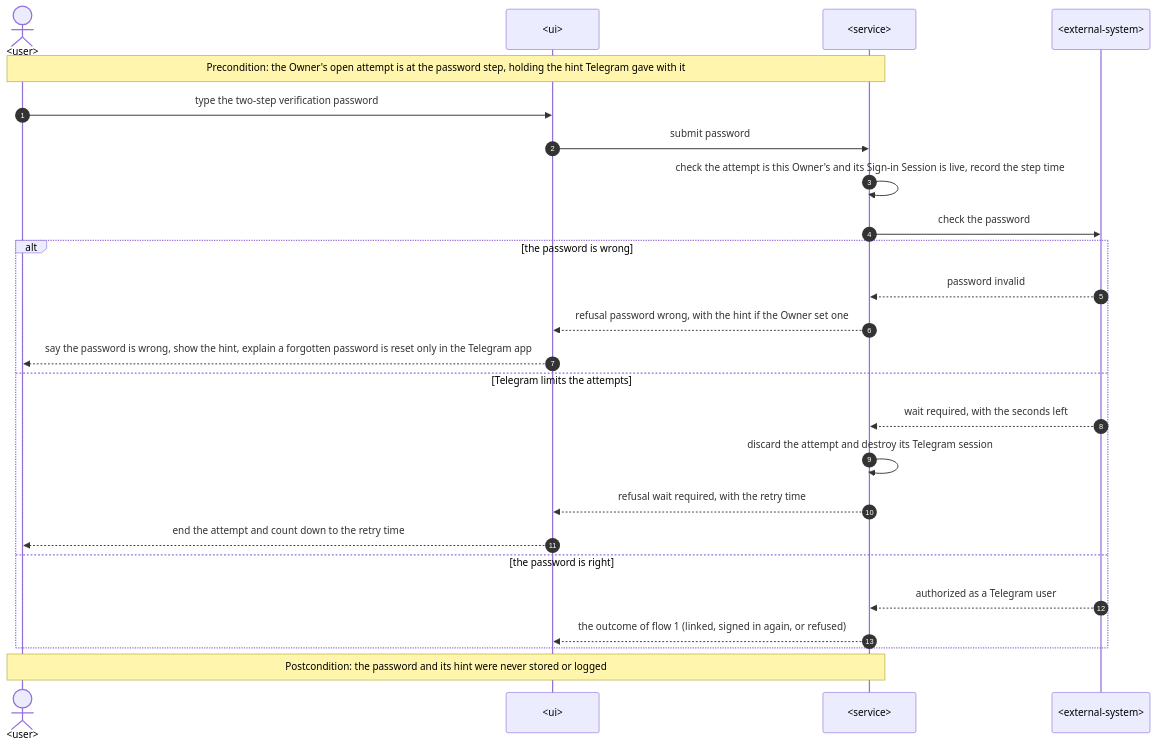
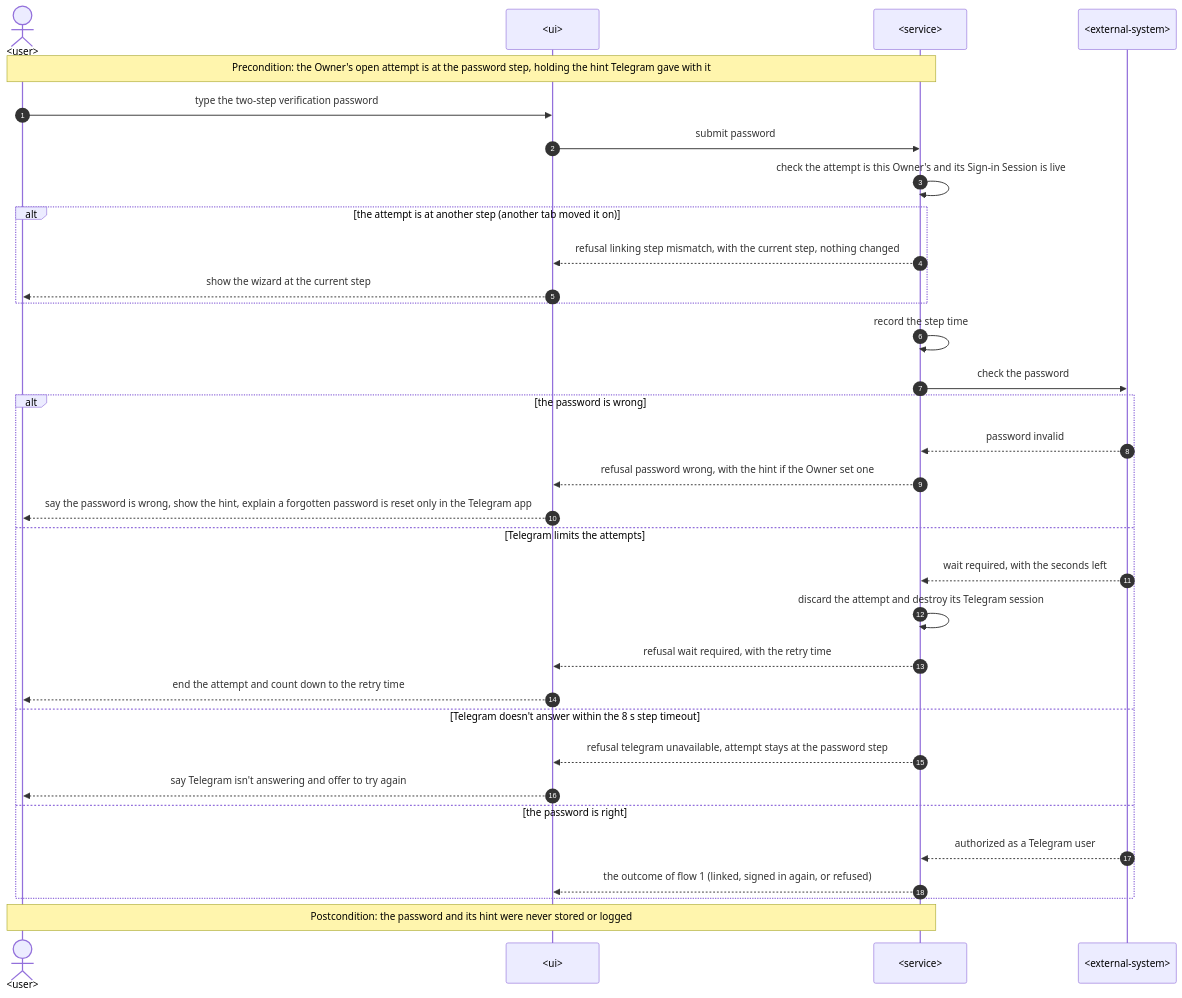
One commit to drnetua/telex changed the ninth of 15 diagrams in docs/features/telegram-link/sad.md. Above: the diagram before and after it, drawn with Mermaid. The commit also changed other lines of this file and 4 other files, not shown here.

First line of the commit message:
docs(telegram-link): Sync sad flows, metric tags and screens registry with the code

````diff
--- a/docs/features/telegram-link/sad.md
+++ b/docs/features/telegram-link/sad.md
@@ -473,28 +492,36 @@
 ```mermaid
 sequenceDiagram
     autonumber
     actor O as <user>
     participant U as <ui>
     participant S as <service>
     participant X as <external-system>
 
     Note over O,S: Precondition: the Owner's open attempt is at the password step, holding the hint Telegram gave with it
     O->>U: type the two-step verification password
     U->>S: submit password
-    S->>S: check the attempt is this Owner's and its Sign-in Session is live, record the step time
+    S->>S: check the attempt is this Owner's and its Sign-in Session is live
+    alt the attempt is at another step (another tab moved it on)
+        S-->>U: refusal linking step mismatch, with the current step, nothing changed
+        U-->>O: show the wizard at the current step
+    end
+    S->>S: record the step time
     S->>X: check the password
     alt the password is wrong
         X-->>S: password invalid
         S-->>U: refusal password wrong, with the hint if the Owner set one
         U-->>O: say the password is wrong, show the hint, explain a forgotten password is reset only in the Telegram app
     else Telegram limits the attempts
         X-->>S: wait required, with the seconds left
         S->>S: discard the attempt and destroy its Telegram session
         S-->>U: refusal wait required, with the retry time
         U-->>O: end the attempt and count down to the retry time
+    else Telegram doesn't answer within the 8 s step timeout
+        S-->>U: refusal telegram unavailable, attempt stays at the password step
+        U-->>O: say Telegram isn't answering and offer to try again
     else the password is right
         X-->>S: authorized as a Telegram user
         S-->>U: the outcome of flow 1 (linked, signed in again, or refused)
     end
     Note over O,S: Postcondition: the password and its hint were never stored or logged
 ```
````
